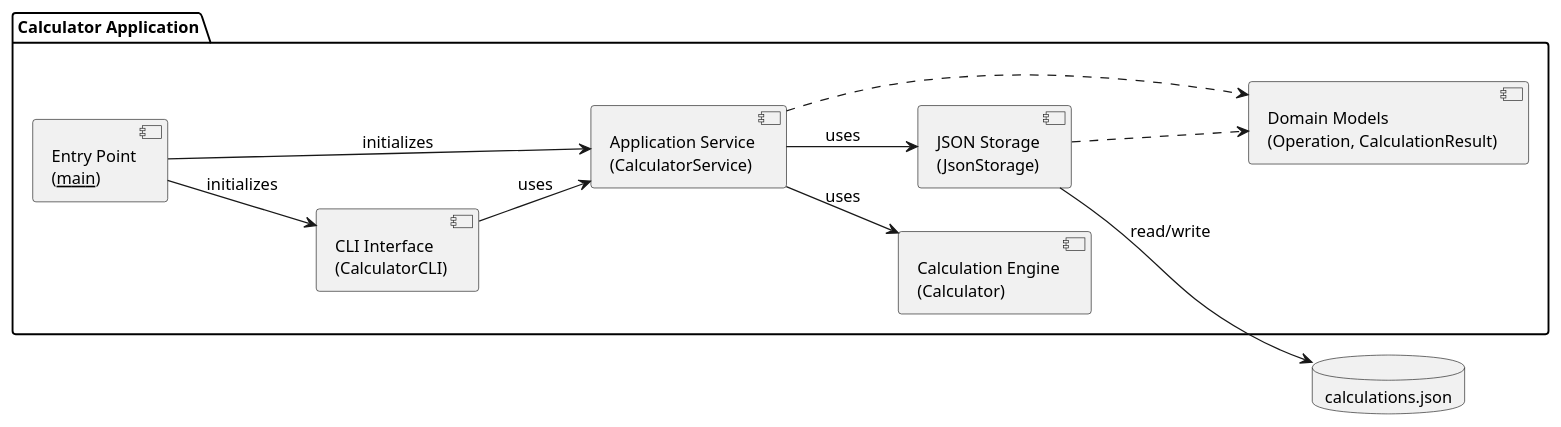
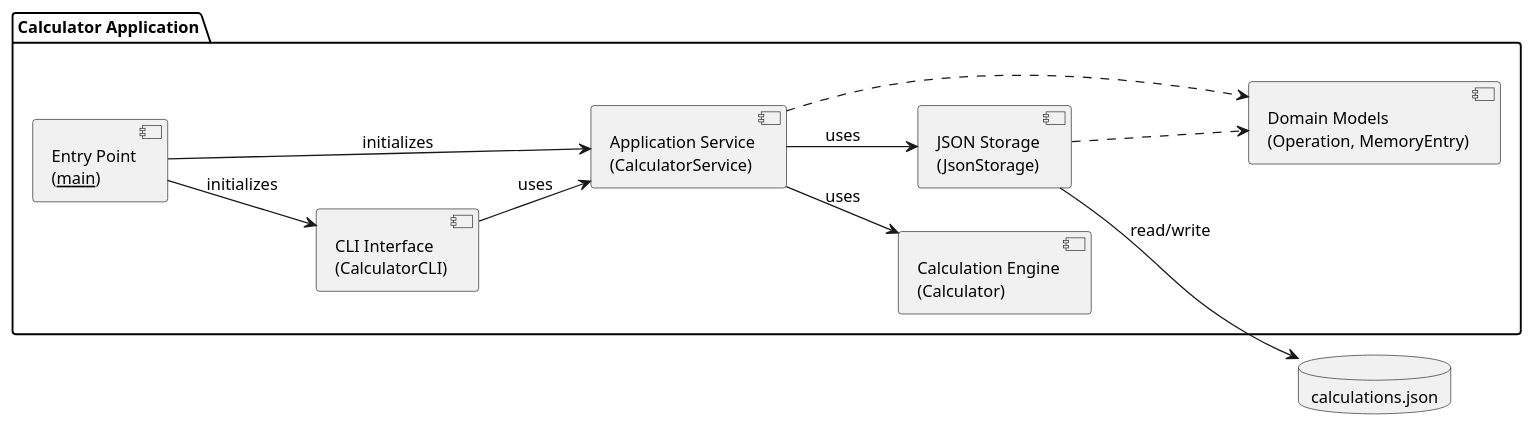
The diagram in experiments/pipeline/user_stories/calculator/artifacts/component_diagram.puml (DanielRiha8906/Software_autoevolution_using_agents), drawn with PlantUML before and after one commit. The commit also changed 17 other files, not shown here.

First line of the commit message:
task 03: Implement MemoryEntry class for calculator history

```diff
--- a/experiments/pipeline/user_stories/calculator/artifacts/component_diagram.puml
+++ b/experiments/pipeline/user_stories/calculator/artifacts/component_diagram.puml
@@ -1,31 +1,31 @@
 @startuml component_diagram
 
 skinparam componentStyle uml2
 skinparam defaultFontSize 13
 left to right direction
 
 package "Calculator Application" {
 
     component "Entry Point\n(__main__)" as Main
     component "CLI Interface\n(CalculatorCLI)" as CLI
     component "Application Service\n(CalculatorService)" as Service
     component "Calculation Engine\n(Calculator)" as Calc
     component "JSON Storage\n(JsonStorage)" as Store
-    component "Domain Models\n(Operation, CalculationResult)" as Models
+    component "Domain Models\n(Operation, MemoryEntry)" as Models
 
     Main --> CLI : initializes
     Main --> Service : initializes
 
     CLI --> Service : uses
     Service --> Calc : uses
     Service --> Store : uses
 
     Service ..> Models
     Store ..> Models
 }
 
 database "calculations.json" as DB
 
 Store --> DB : read/write
 
 @enduml
```
